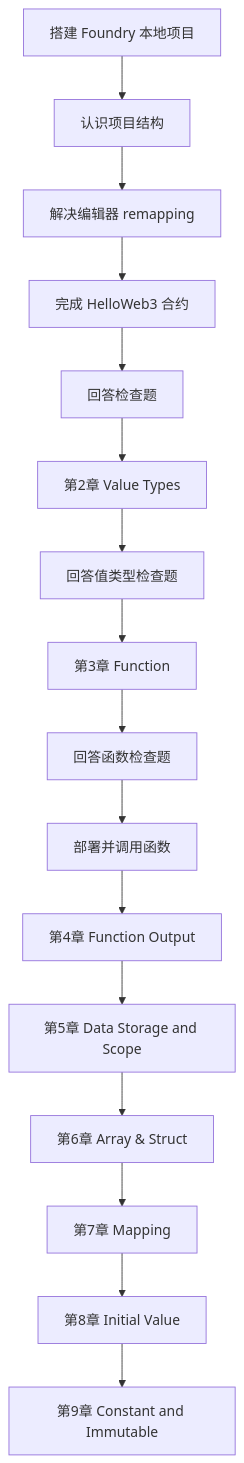
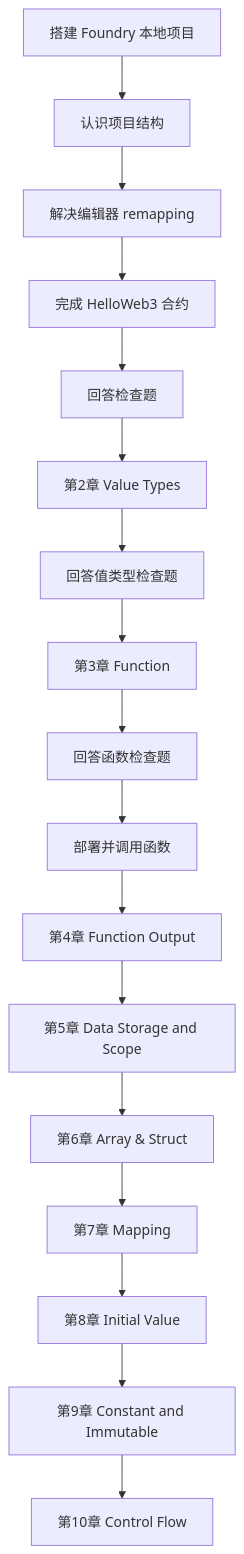
Before and after one commit to daxiguaguagua-hash/wtf-academy-learning: the fourth of 4 diagrams in 交接记录.md, drawn with Mermaid. The commit also changed other lines of this file and 2 other files, not shown here.

````diff
--- a/交接记录.md
+++ b/交接记录.md
@@ -167,18 +172,19 @@
 ```mermaid
 flowchart TD
 A[搭建 Foundry 本地项目] --> B[认识项目结构]
 B --> C[解决编辑器 remapping]
 C --> D[完成 HelloWeb3 合约]
 D --> E[回答检查题]
 E --> F[第2章 Value Types]
 F --> G[回答值类型检查题]
 G --> H[第3章 Function]
 H --> I[回答函数检查题]
 I --> J[部署并调用函数]
 J --> K[第4章 Function Output]
 K --> L[第5章 Data Storage and Scope]
 L --> M[第6章 Array & Struct]
 M --> N[第7章 Mapping]
 N --> O[第8章 Initial Value]
 O --> P[第9章 Constant and Immutable]
+P --> Q[第10章 Control Flow]
 ```
````
